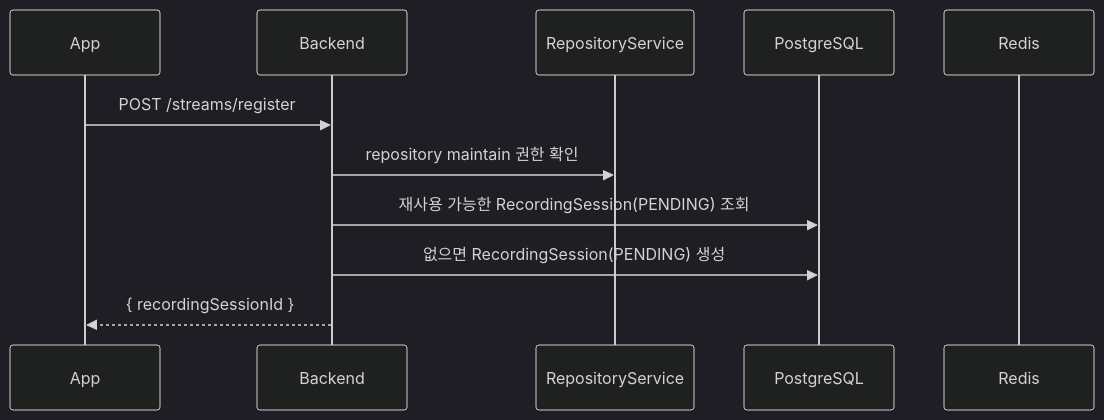
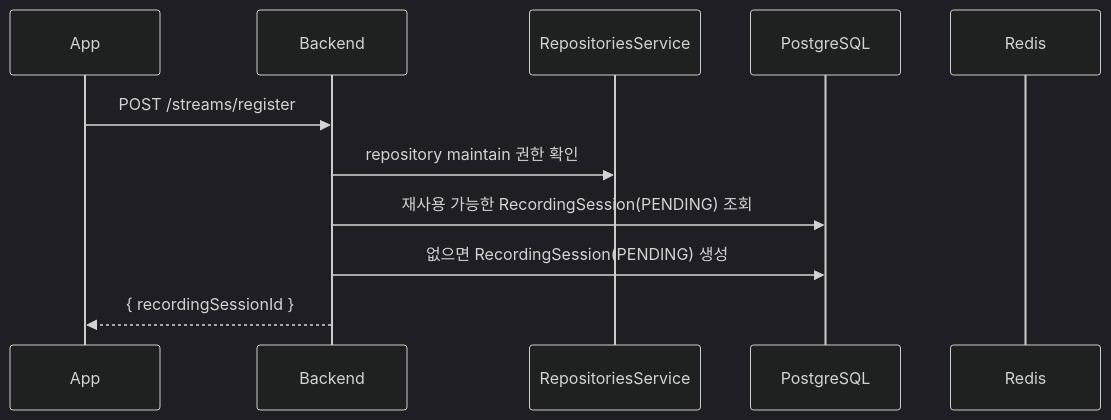
One commit to ego-flow/ego-flow-server changed the second of 7 diagrams in docs/09. project_streaming.md. Above: the diagram before and after it, drawn with Mermaid (dark theme). The commit also changed 14 other files, not shown here.

Commit message:
refactor repositories service helpers

````diff
--- a/docs/09. project_streaming.md
+++ b/docs/09. project_streaming.md
@@ -65,14 +65,14 @@
 ```mermaid
 sequenceDiagram
     participant App
     participant BE as Backend
-    participant Repo as RepositoryService
+    participant Repo as RepositoriesService
     participant DB as PostgreSQL
     participant Redis
 
     App->>BE: POST /streams/register
     BE->>Repo: repository maintain 권한 확인
     BE->>DB: 재사용 가능한 RecordingSession(PENDING) 조회
     BE->>DB: 없으면 RecordingSession(PENDING) 생성
     BE-->>App: { recordingSessionId }
 ```
````
